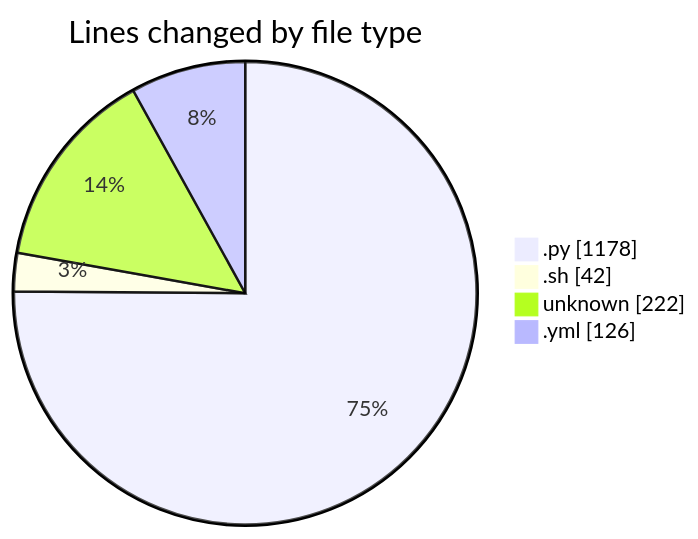
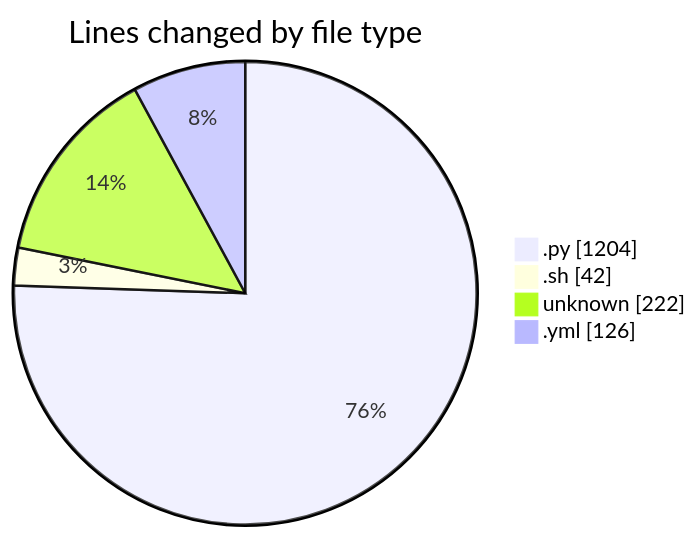
One commit to Elitesun/code-tracking changed the first of 2 diagrams in 2025-05-14/niten/README.md. Above: the diagram before and after it, drawn with Mermaid. The commit also changed other lines of this file and 1 other file, not shown here.

````diff
--- a/2025-05-14/niten/README.md
+++ b/2025-05-14/niten/README.md
@@ -33,8 +33,8 @@
 ```mermaid
 pie showData
 title Lines changed by file type
-".py" : 1178
+".py" : 1204
 ".sh" : 42
 "unknown" : 222
 ".yml" : 126
 ```
````
